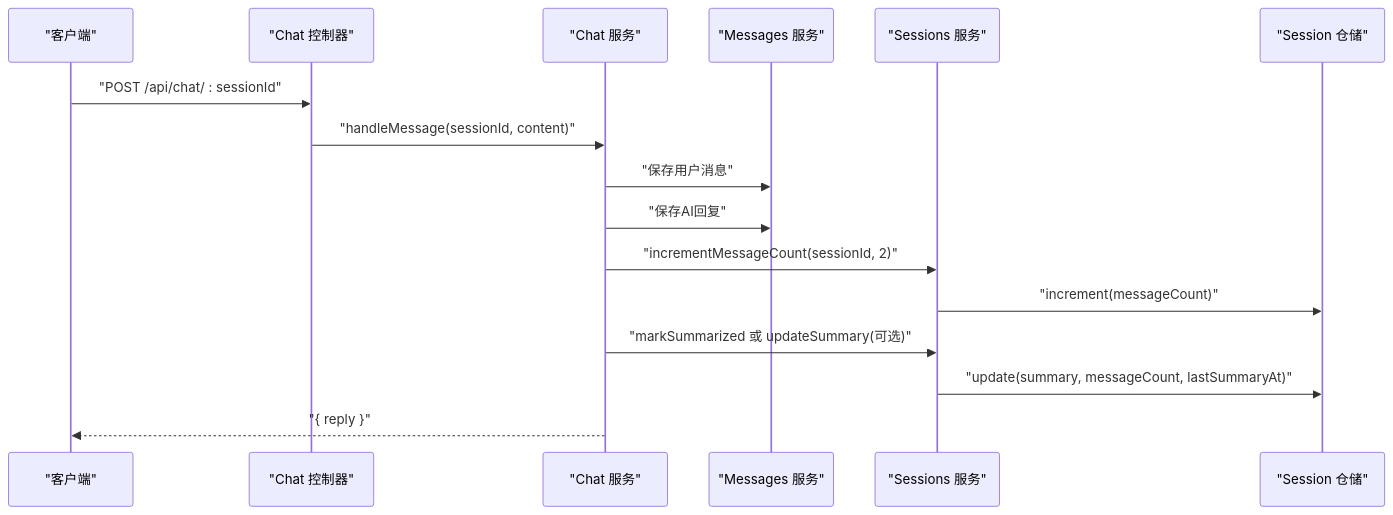
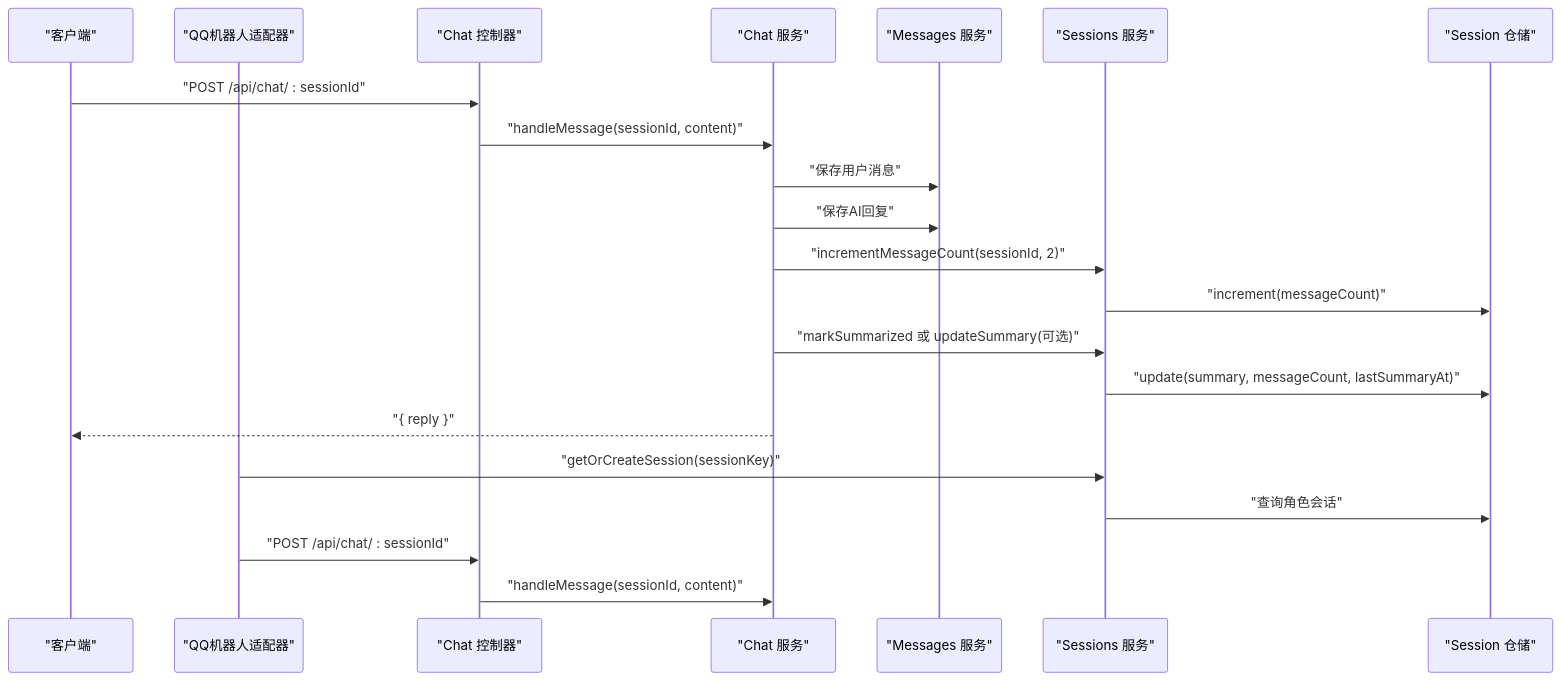
One commit to L1mingyoung/ex changed the second of 5 diagrams in .qoder/repowiki/zh/content/API接口文档/会话管理接口.md. Above: the diagram before and after it, drawn with Mermaid. The commit also changed other lines of this file and 9 other files, not shown here.

````diff
--- a/.qoder/repowiki/zh/content/API接口文档/会话管理接口.md
+++ b/.qoder/repowiki/zh/content/API接口文档/会话管理接口.md
@@ -86,18 +108,23 @@
 ```mermaid
 sequenceDiagram
 participant Client as "客户端"
+participant QQBot as "QQ机器人适配器"
 participant ChatCtrl as "Chat 控制器"
 participant ChatSvc as "Chat 服务"
 participant MsgSvc as "Messages 服务"
 participant SessSvc as "Sessions 服务"
 participant SessRepo as "Session 仓储"
 Client->>ChatCtrl : "POST /api/chat/ : sessionId"
 ChatCtrl->>ChatSvc : "handleMessage(sessionId, content)"
 ChatSvc->>MsgSvc : "保存用户消息"
 ChatSvc->>MsgSvc : "保存AI回复"
 ChatSvc->>SessSvc : "incrementMessageCount(sessionId, 2)"
 SessSvc->>SessRepo : "increment(messageCount)"
 ChatSvc->>SessSvc : "markSummarized 或 updateSummary(可选)"
 SessSvc->>SessRepo : "update(summary, messageCount, lastSummaryAt)"
 ChatSvc-->>Client : "{ reply }"
+QQBot->>SessSvc : "getOrCreateSession(sessionKey)"
+SessSvc->>SessRepo : "查询角色会话"
+QQBot->>ChatCtrl : "POST /api/chat/ : sessionId"
+ChatCtrl->>ChatSvc : "handleMessage(sessionId, content)"
 ```
````
